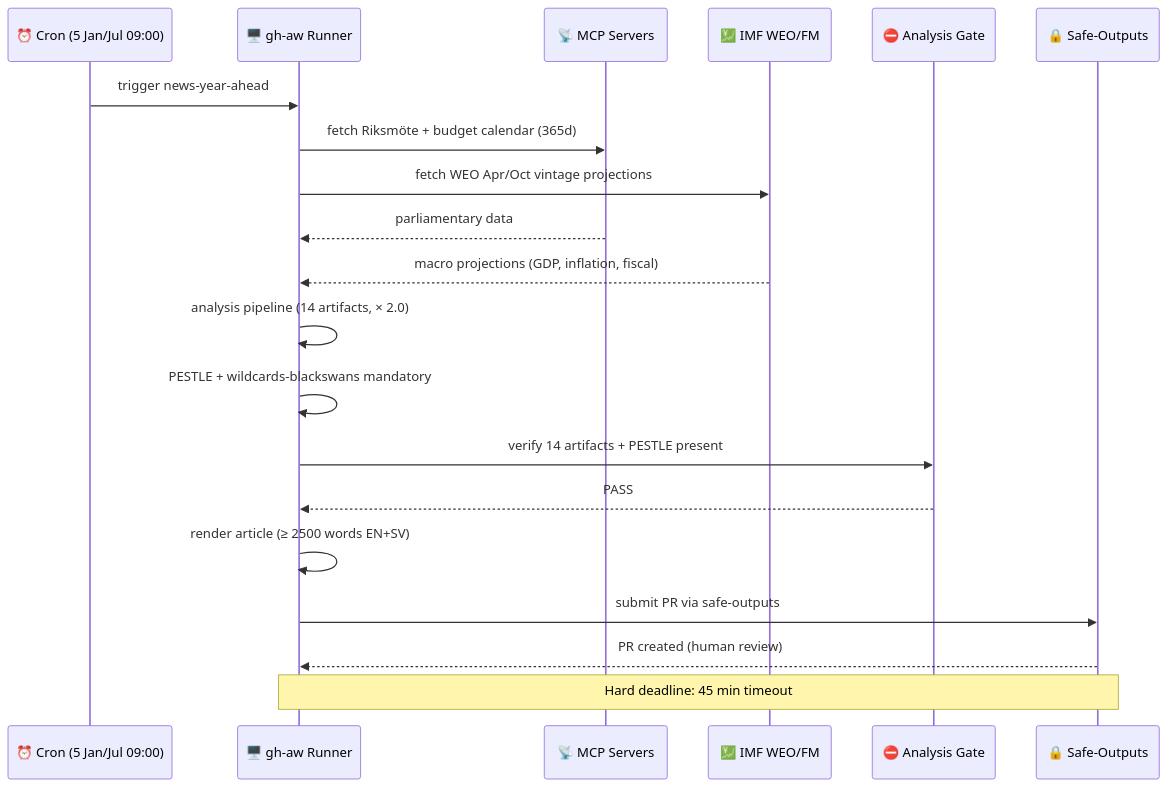
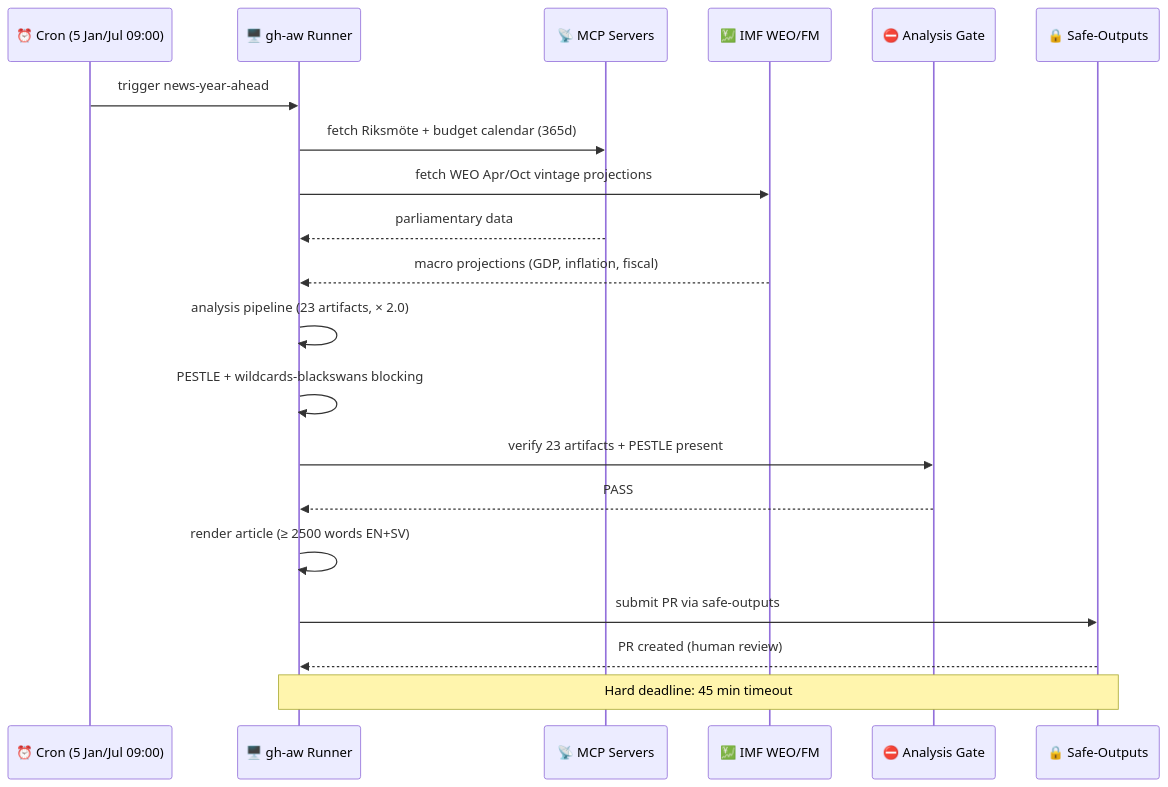
Before and after one commit to Hack23/riksdagsmonitor: diagram 16 of 20 in WORKFLOWS.md, drawn with Mermaid. The commit also changed other lines of this file, not shown here.

````diff
--- a/WORKFLOWS.md
+++ b/WORKFLOWS.md
@@ -1159,23 +1162,23 @@
 ```mermaid
 sequenceDiagram
     participant Cron as ⏰ Cron (5 Jan/Jul 09:00)
     participant Runner as 🖥️ gh-aw Runner
     participant MCP as 📡 MCP Servers
     participant IMF as 💹 IMF WEO/FM
     participant Gate as ⛔ Analysis Gate
     participant SO as 🔒 Safe-Outputs
 
     Cron->>Runner: trigger news-year-ahead
     Runner->>MCP: fetch Riksmöte + budget calendar (365d)
     Runner->>IMF: fetch WEO Apr/Oct vintage projections
     MCP-->>Runner: parliamentary data
     IMF-->>Runner: macro projections (GDP, inflation, fiscal)
-    Runner->>Runner: analysis pipeline (14 artifacts, × 2.0)
-    Runner->>Runner: PESTLE + wildcards-blackswans mandatory
-    Runner->>Gate: verify 14 artifacts + PESTLE present
+    Runner->>Runner: analysis pipeline (23 artifacts, × 2.0)
+    Runner->>Runner: PESTLE + wildcards-blackswans blocking
+    Runner->>Gate: verify 23 artifacts + PESTLE present
     Gate-->>Runner: PASS
     Runner->>Runner: render article (≥ 2500 words EN+SV)
     Runner->>SO: submit PR via safe-outputs
     SO-->>Runner: PR created (human review)
     Note over Runner,SO: Hard deadline: 45 min timeout
 ```
````
